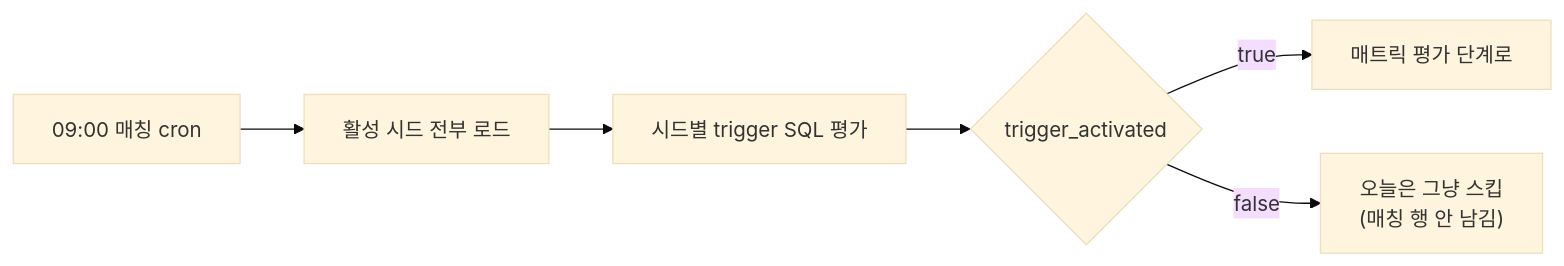
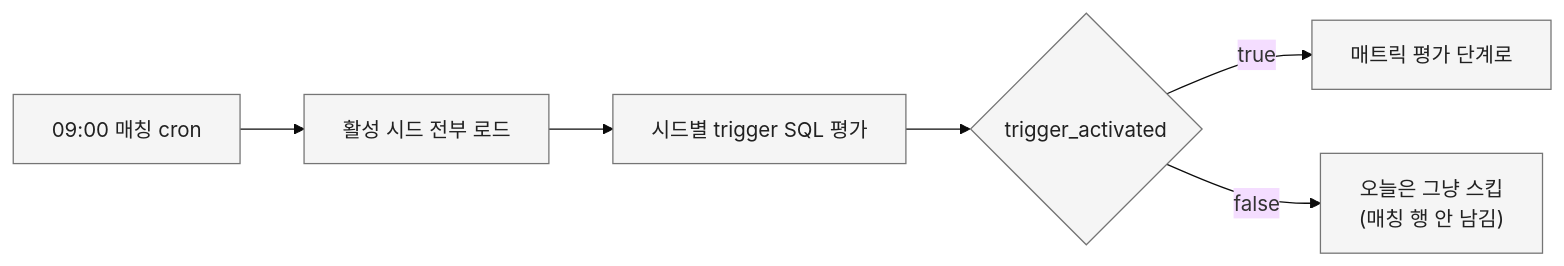
One commit to hyewon3938/slack-ai-agents changed the fourth of 9 diagrams in docs/explainers/insight-v2.md. Above: the diagram before and after it, drawn with Mermaid (base theme). The commit also changed other lines of this file, not shown here.

````diff
--- a/docs/explainers/insight-v2.md
+++ b/docs/explainers/insight-v2.md
@@ -203,8 +224,11 @@
 ```mermaid
 flowchart LR
   A["09:00 매칭 cron"] --> B["활성 시드 전부 로드"]
   B --> C["시드별 trigger SQL 평가"]
   C --> D{"trigger_activated"}
   D -->|true| E["매트릭 평가 단계로"]
   D -->|false| F["오늘은 그냥 스킵<br/>(매칭 행 안 남김)"]
+
+  classDef flowNode fill:#f5f5f5,stroke:#757575,color:#212121
+  class A,B,C,D,E,F flowNode
 ```
````
